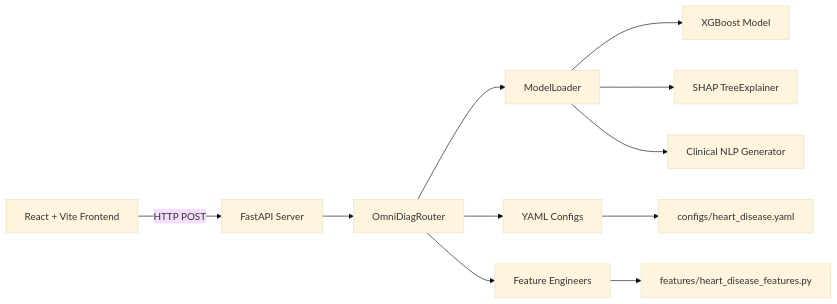
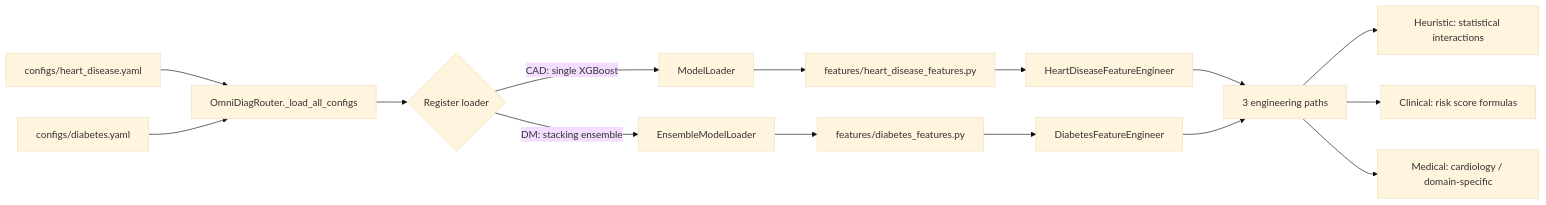
Before and after one commit to yahyalababenah/omnidiag: the second of 2 diagrams in README.md, drawn with Mermaid (base theme). The commit also changed other lines of this file, not shown here.

````diff
--- a/README.md
+++ b/README.md
@@ -79,13 +65,17 @@
 ```mermaid
 flowchart LR
-    A[React + Vite Frontend] -->|HTTP POST| B[FastAPI Server]
-    B --> C[OmniDiagRouter]
-    C --> D[ModelLoader]
-    D --> E[XGBoost Model]
-    D --> F[SHAP TreeExplainer]
-    D --> G[Clinical NLP Generator]
-    C --> H[YAML Configs]
-    H --> I[configs/heart_disease.yaml]
-    C --> J[Feature Engineers]
-    J --> K[features/heart_disease_features.py]
+    A[configs/heart_disease.yaml] --> B[OmniDiagRouter._load_all_configs]
+    C[configs/diabetes.yaml] --> B
+    B --> D{Register loader}
+    D -->|CAD: single XGBoost| E[ModelLoader]
+    D -->|DM: stacking ensemble| F[EnsembleModelLoader]
+    E --> G[features/heart_disease_features.py]
+    F --> H[features/diabetes_features.py]
+    G --> I[HeartDiseaseFeatureEngineer]
+    H --> J[DiabetesFeatureEngineer]
+    I --> K[3 engineering paths]
+    J --> K
+    K --> L[Heuristic: statistical interactions]
+    K --> M[Clinical: risk score formulas]
+    K --> N[Medical: cardiology / domain-specific]
 ```
````
